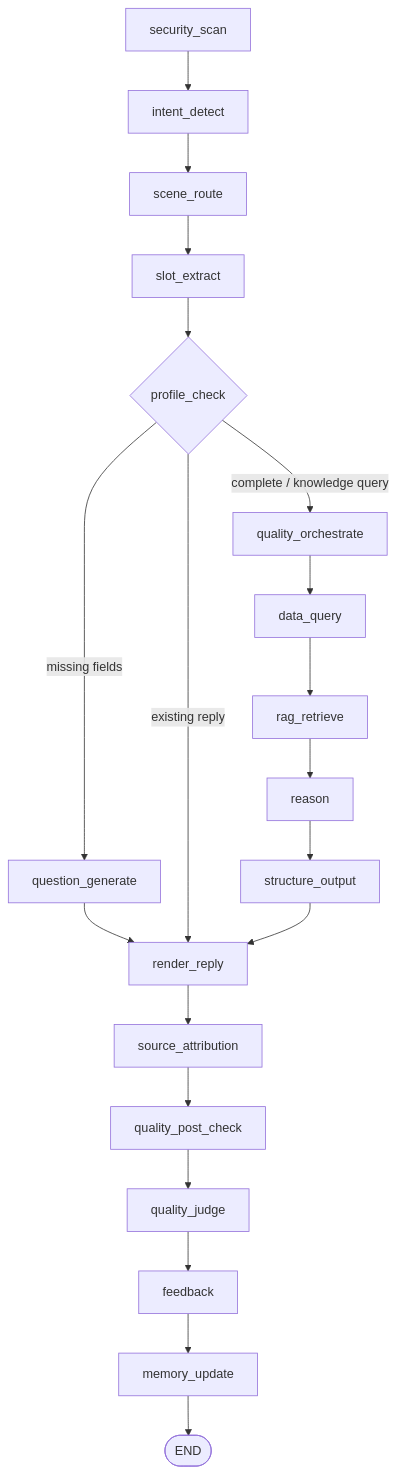
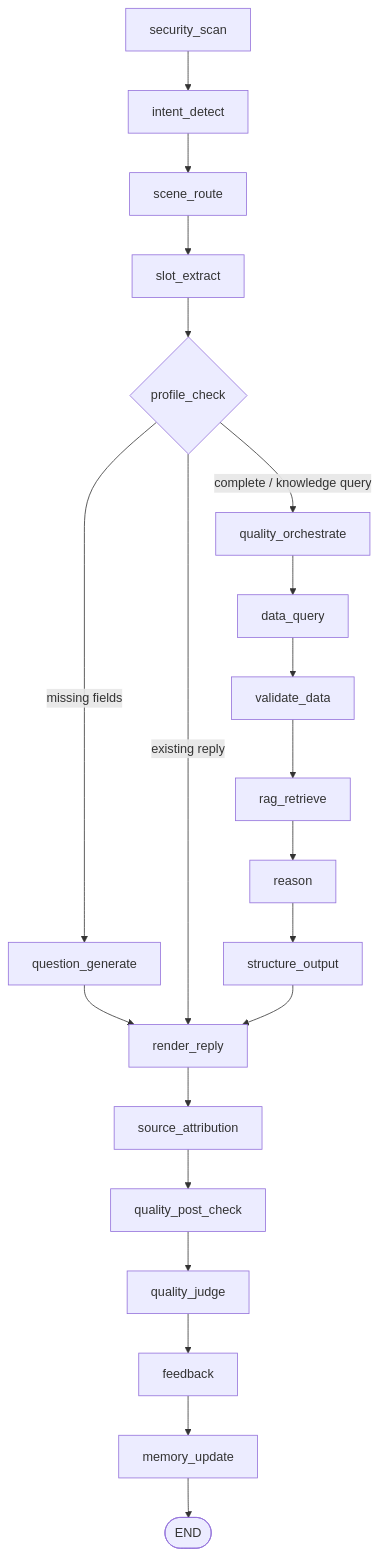
Before and after one commit to Xander-Xai/Gaobao-Advisor: the third of 7 diagrams in docs/architecture/README.md, drawn with Mermaid. The commit also changed other lines of this file and 12 other files, not shown here.

````diff
--- a/docs/architecture/README.md
+++ b/docs/architecture/README.md
@@ -140,8 +146,8 @@
 ```mermaid
 flowchart TD
     S["security_scan"] --> I["intent_detect"] --> R["scene_route"] --> E["slot_extract"] --> P{"profile_check"}
     P -->|missing fields| Q["question_generate"] --> Render["render_reply"]
     P -->|"existing reply"| Render
-    P -->|complete / knowledge query| O["quality_orchestrate"] --> D["data_query"] --> K["rag_retrieve"] --> Reason["reason"] --> St["structure_output"] --> Render
+    P -->|complete / knowledge query| O["quality_orchestrate"] --> D["data_query"] --> V["validate_data"] --> K["rag_retrieve"] --> Reason["reason"] --> St["structure_output"] --> Render
     Render --> SA["source_attribution"] --> PC["quality_post_check"] --> J["quality_judge"] --> F["feedback"] --> M["memory_update"] --> End(["END"])
 ```
````
